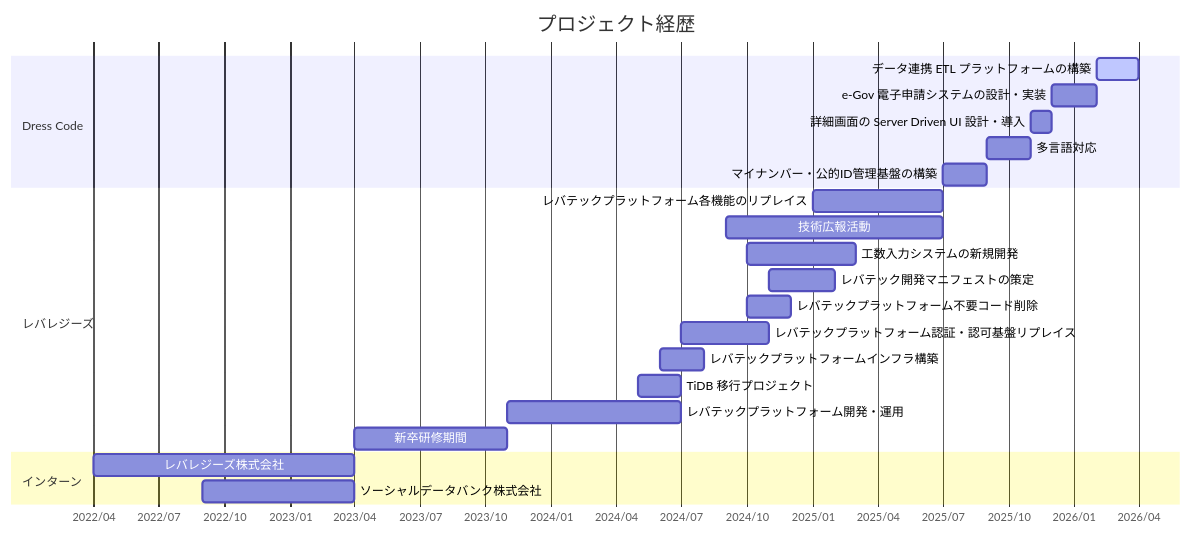
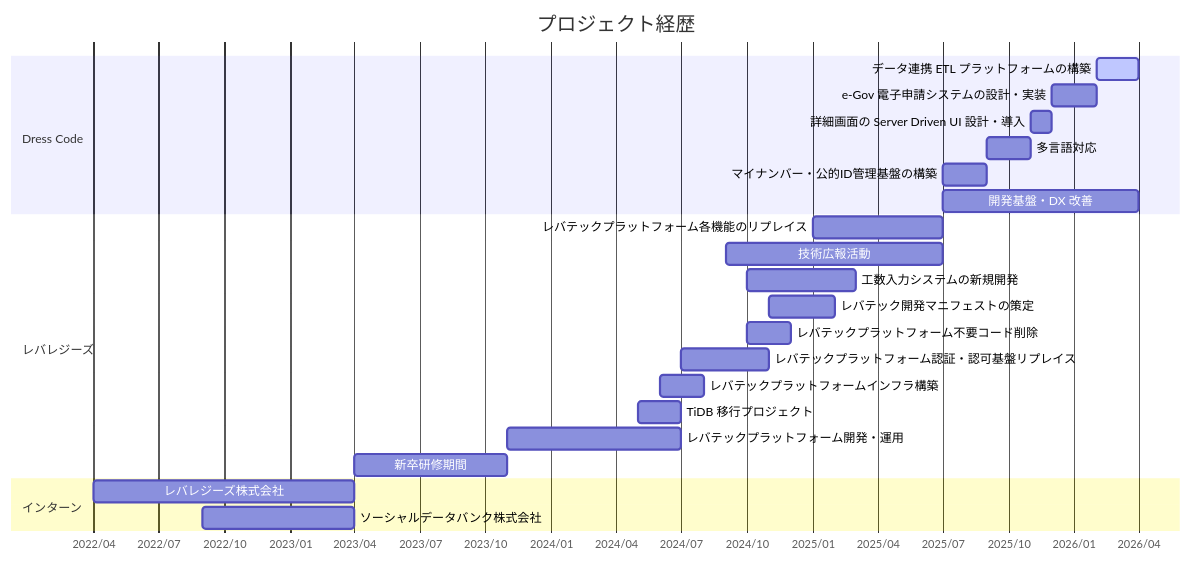
Before and after one commit to bwkw/curriculum-vitae: the diagram in docs/index.md, drawn with Mermaid. The commit also changed other lines of this file, not shown here.

````diff
--- a/docs/index.md
+++ b/docs/index.md
@@ -66,29 +66,30 @@
 ```mermaid
 gantt
     title プロジェクト経歴
     dateFormat YYYY-MM
     axisFormat %Y/%m
 
     section Dress Code
     データ連携 ETL プラットフォームの構築                          :active, 2026-02, 2026-04
     e-Gov 電子申請システムの設計・実装                             :2025-12, 2026-02
     詳細画面の Server Driven UI 設計・導入                         :2025-11, 2025-12
     多言語対応                                                    :2025-09, 2025-11
     マイナンバー・公的ID管理基盤の構築                             :2025-07, 2025-09
+    開発基盤・DX 改善                                              :2025-07, 2026-04
 
     section レバレジーズ
     レバテックプラットフォーム各機能のリプレイス                      :2025-01, 2025-07
     技術広報活動                                                  :2024-09, 2025-07
     工数入力システムの新規開発                                      :2024-10, 2025-03
     レバテック開発マニフェストの策定                                :2024-11, 2025-02
     レバテックプラットフォーム不要コード削除                         :2024-10, 2024-12
     レバテックプラットフォーム認証・認可基盤リプレイス                :2024-07, 2024-11
     レバテックプラットフォームインフラ構築                           :2024-06, 2024-08
     TiDB 移行プロジェクト                                         :2024-05, 2024-07
     レバテックプラットフォーム開発・運用                             :2023-11, 2024-07
     新卒研修期間                                                  :2023-04, 2023-11
 
     section インターン
     レバレジーズ株式会社                                          :2022-04, 2023-04
     ソーシャルデータバンク株式会社                                  :2022-09, 2023-04
 ```
````
